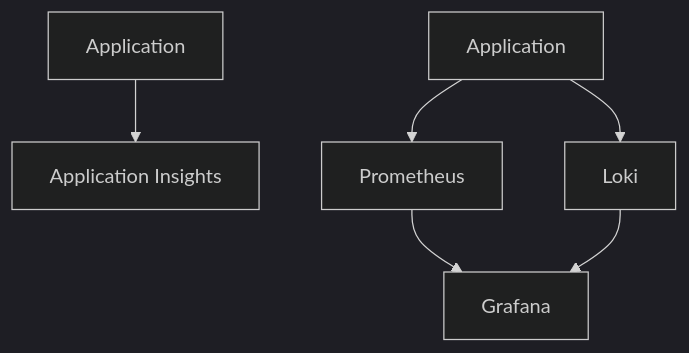
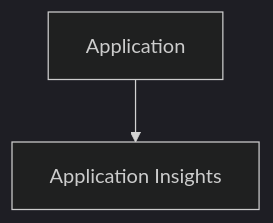
The fourth of 4 diagrams in OtelSlides/pages/why-opentelemetry.md (idle-code/OpenTelemetryDemo), drawn with Mermaid (dark theme) before and after one commit. The commit also changed other lines of this file and 21 other files, not shown here.

````diff
--- a/OtelSlides/pages/why-opentelemetry.md
+++ b/OtelSlides/pages/why-opentelemetry.md
@@ -41,16 +57,7 @@
 ```mermaid
 graph TD;
-    app1["Application"]
-    app2["Application"]
+    app["Application"]
     ai["Application Insights"]
-    prometheus["Prometheus"]
-    loki["Loki"]
-    grafana["Grafana"]
     
-    app1 --> ai
-    
-    app2 --> prometheus
-    app2 --> loki
-    prometheus --> grafana
-    loki --> grafana
+    app --> ai
 ```
````
